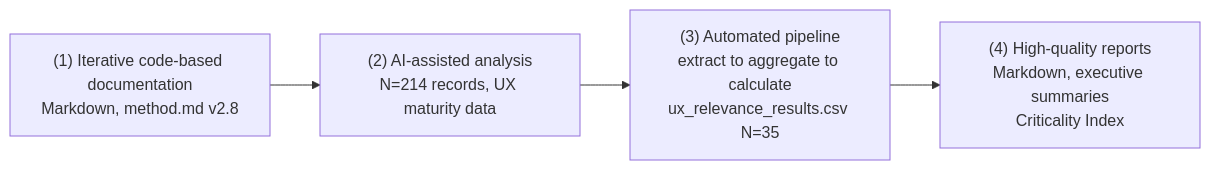
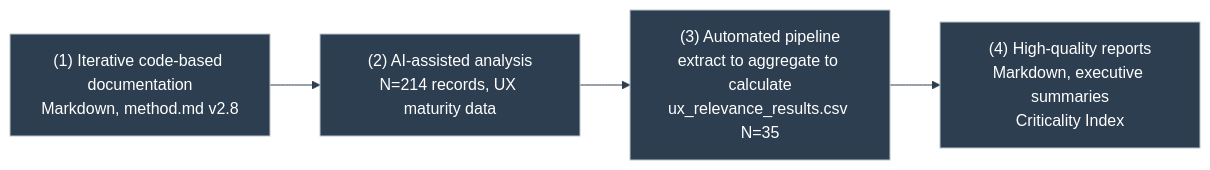
Before and after one commit to duducm2/my-personal-repo: the third of 14 diagrams in portfolio/mermaid/diagrams.md, drawn with Mermaid. The commit also changed other lines of this file and 1 other file, not shown here.

Commit message:
Add Mermaid diagram themes and styles for improved visual consistency across portfolio slides. Update color schemes and font settings to enhance readability and presentation quality.

````diff
--- a/portfolio/mermaid/diagrams.md
+++ b/portfolio/mermaid/diagrams.md
@@ -34,8 +36,9 @@
 ```mermaid
+%%{init: {'theme': 'base', 'themeVariables': { 'primaryColor': '#2c3e50', 'primaryTextColor': '#fff', 'primaryBorderColor': '#bdc3c7', 'lineColor': '#2c3e50', 'fontFamily': 'Lato'}}}%%
 flowchart LR
   A["(1) Iterative code-based documentation\nMarkdown, method.md v2.8"]
   B["(2) AI-assisted analysis\nN=214 records, UX maturity data"]
   C["(3) Automated pipeline\nextract to aggregate to calculate\nux_relevance_results.csv N=35"]
   D["(4) High-quality reports\nMarkdown, executive summaries\nCriticality Index"]
   A --> B --> C --> D
 ```
````
